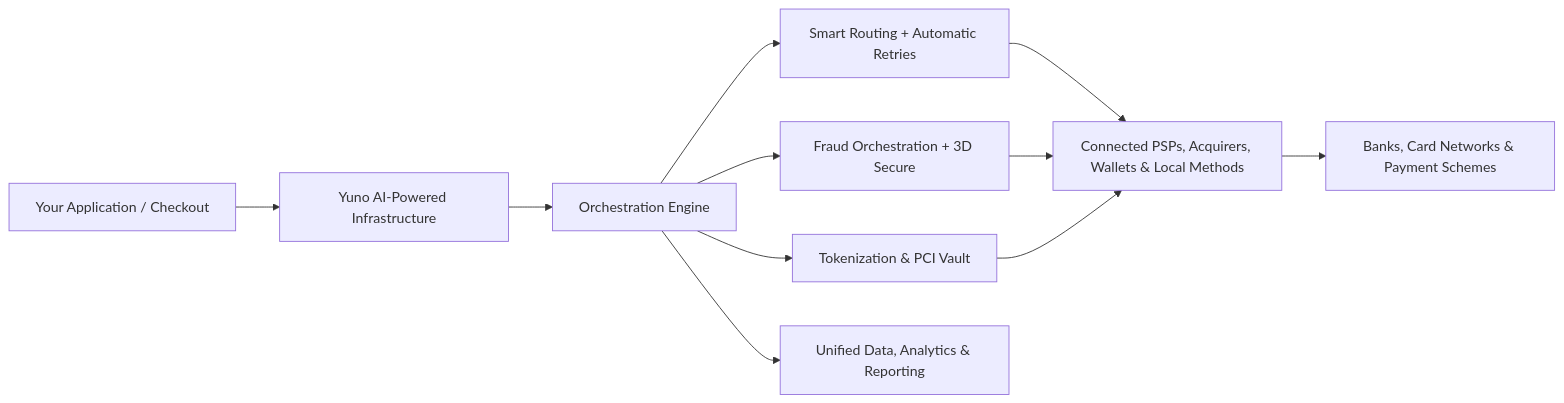
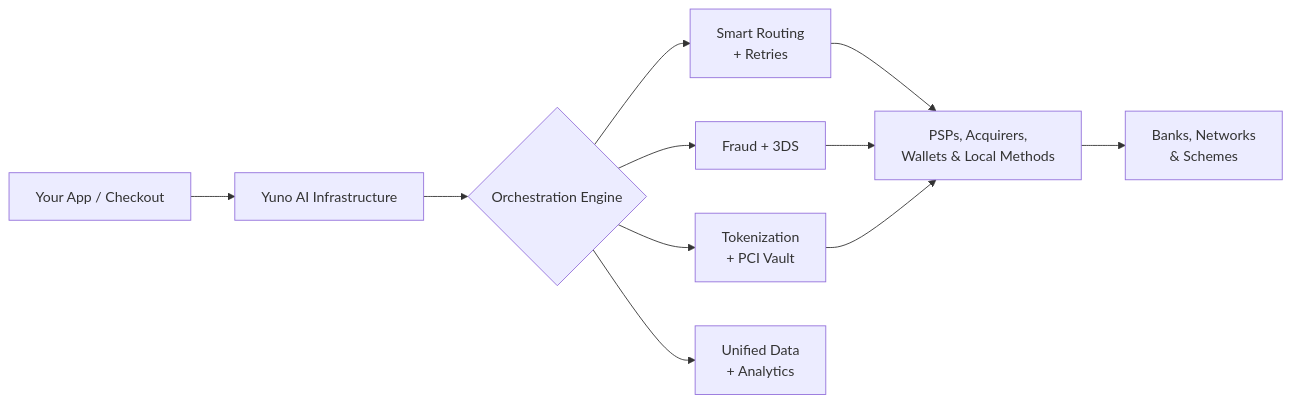
One commit to yuno-payments/yuno-docs changed the diagram in docs/how-yuno-works/what-is-yuno.mdx. Above: the diagram before and after it, drawn with Mermaid. The commit also changed other lines of this file, not shown here.

Commit message:
docs: make What is Yuno more visual and concise

````diff
--- a/docs/how-yuno-works/what-is-yuno.mdx
+++ b/docs/how-yuno-works/what-is-yuno.mdx
@@ -38,11 +41,11 @@
 ```mermaid
 flowchart LR
-    A[Your Application / Checkout] --> B[Yuno AI-Powered Infrastructure]
-    B --> C[Orchestration Engine]
-    C --> D[Smart Routing + Automatic Retries]
-    C --> E[Fraud Orchestration + 3D Secure]
-    C --> F[Tokenization & PCI Vault]
-    C --> G[Unified Data, Analytics & Reporting]
-    D & E & F --> H[Connected PSPs, Acquirers, Wallets & Local Methods]
-    H --> I[Banks, Card Networks & Payment Schemes]
+    A[Your App / Checkout] --> B[Yuno AI Infrastructure]
+    B --> C{Orchestration Engine}
+    C --> D[Smart Routing<br/>+ Retries]
+    C --> E[Fraud + 3DS]
+    C --> F[Tokenization<br/>+ PCI Vault]
+    C --> G[Unified Data<br/>+ Analytics]
+    D & E & F --> H[PSPs, Acquirers,<br/>Wallets & Local Methods]
+    H --> I[Banks, Networks<br/>& Schemes]
 ```
````
